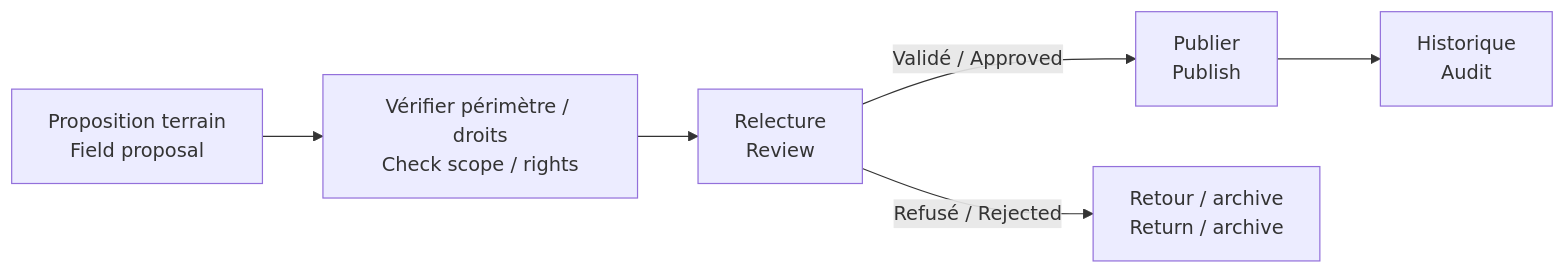
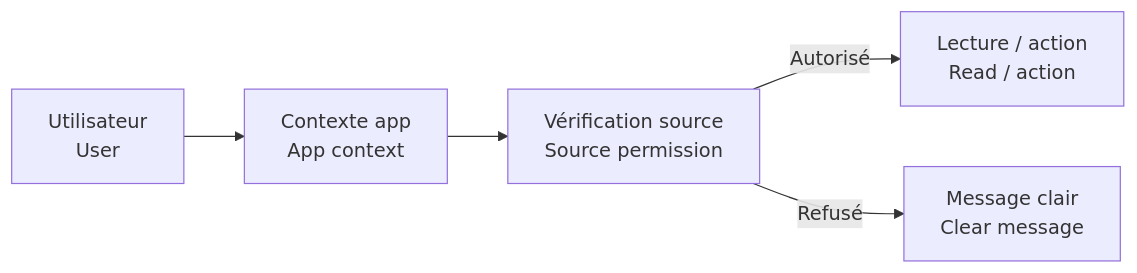
Before and after one commit to jeffersonkuku/jefferson-Mawapanga-Saku: the diagram in projects/building-operations-hub/docs/SECURITY_AND_APPROVALS.md, drawn with Mermaid. The commit also changed other lines of this file and 8 other files, not shown here.

````diff
--- a/projects/building-operations-hub/docs/SECURITY_AND_APPROVALS.md
+++ b/projects/building-operations-hub/docs/SECURITY_AND_APPROVALS.md
@@ -7,8 +13,7 @@
 ```mermaid
 flowchart LR
-    A[Proposition terrain<br/>Field proposal] --> B[Vérifier périmètre / droits<br/>Check scope / rights]
-    B --> C[Relecture<br/>Review]
-    C -->|Validé / Approved| D[Publier<br/>Publish]
-    C -->|Refusé / Rejected| E[Retour / archive<br/>Return / archive]
-    D --> F[Historique<br/>Audit]
+    A[Utilisateur<br/>User] --> B[Contexte app<br/>App context]
+    B --> C[Vérification source<br/>Source permission]
+    C -->|Autorisé| D[Lecture / action<br/>Read / action]
+    C -->|Refusé| E[Message clair<br/>Clear message]
 ```
````
